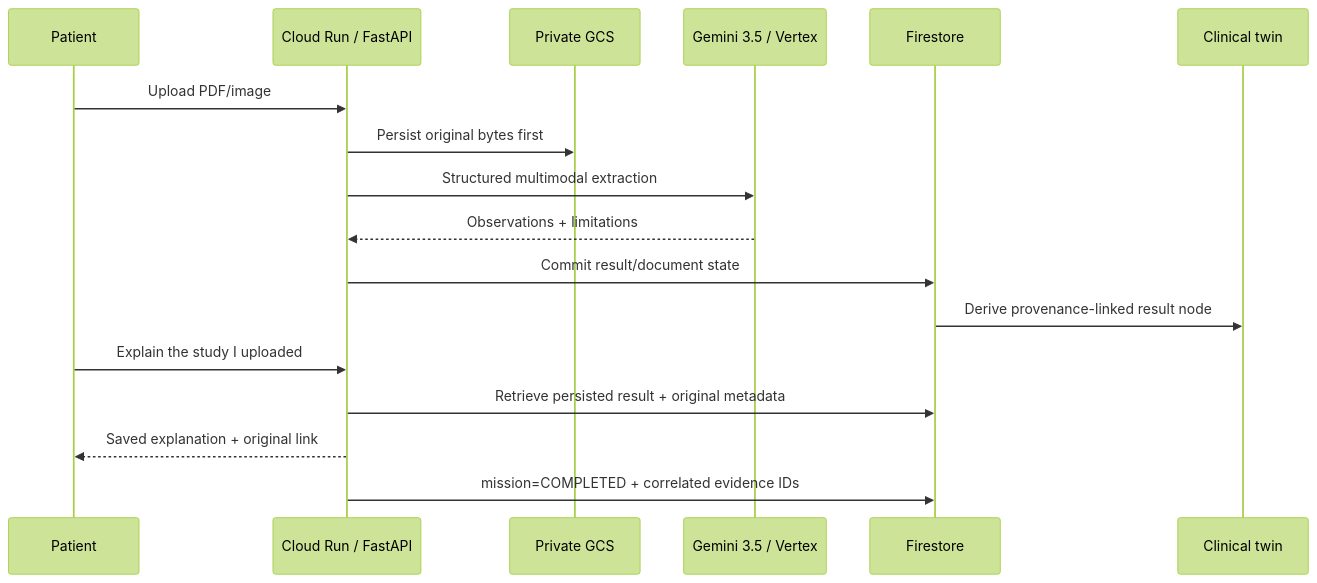
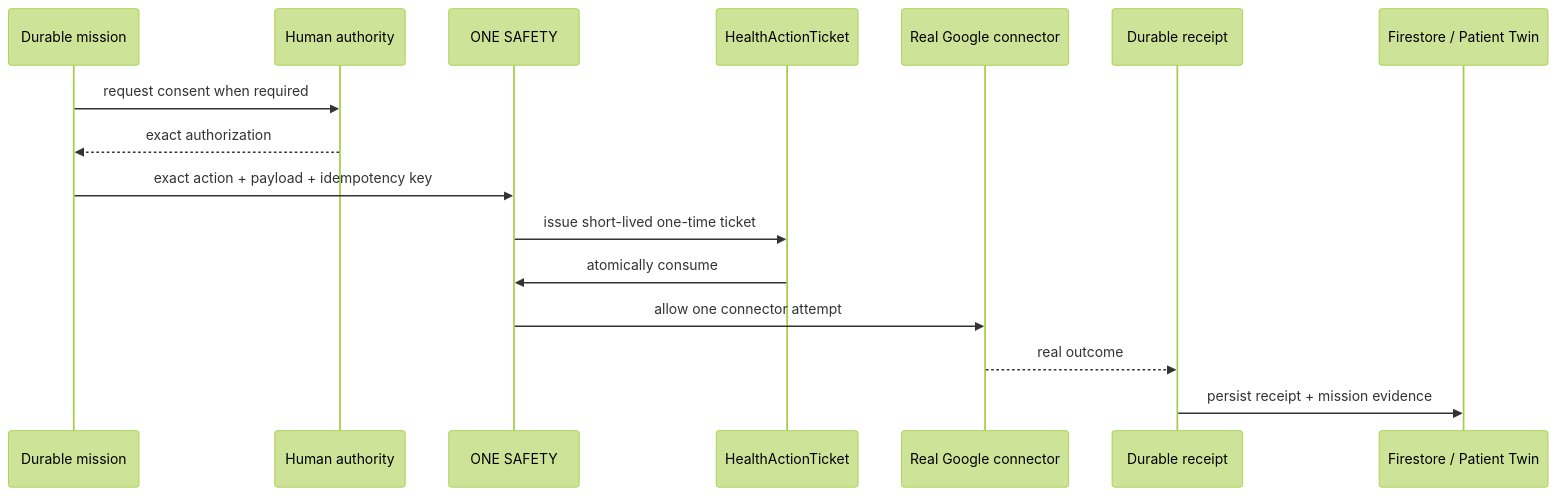
Before and after one commit to arisnachy/healthia-one: the second of 2 diagrams in docs/ARCHITECTURE.md, drawn with Mermaid (forest theme). The commit also changed other lines of this file, not shown here.

Commit message:
docs: replace stale architecture with current ONE SAFETY system

````diff
--- a/docs/ARCHITECTURE.md
+++ b/docs/ARCHITECTURE.md
@@ -75,20 +100,19 @@
 ```mermaid
 sequenceDiagram
-    participant P as Patient
-    participant API as Cloud Run / FastAPI
-    participant GCS as Private GCS
-    participant V as Gemini 3.5 / Vertex
-    participant FS as Firestore
-    participant T as Clinical twin
+    participant M as Durable mission
+    participant H as Human authority
+    participant S as ONE SAFETY
+    participant T as HealthActionTicket
+    participant G as Real Google connector
+    participant R as Durable receipt
+    participant F as Firestore / Patient Twin
 
-    P->>API: Upload PDF/image
-    API->>GCS: Persist original bytes first
-    API->>V: Structured multimodal extraction
-    V-->>API: Observations + limitations
-    API->>FS: Commit result/document state
-    FS->>T: Derive provenance-linked result node
-    P->>API: Explain the study I uploaded
-    API->>FS: Retrieve persisted result + original metadata
-    API-->>P: Saved explanation + original link
-    API->>FS: mission=COMPLETED + correlated evidence IDs
+    M->>H: request consent when required
+    H-->>M: exact authorization
+    M->>S: exact action + payload + idempotency key
+    S->>T: issue short-lived one-time ticket
+    T->>S: atomically consume
+    S->>G: allow one connector attempt
+    G-->>R: real outcome
+    R->>F: persist receipt + mission evidence
 ```
````
